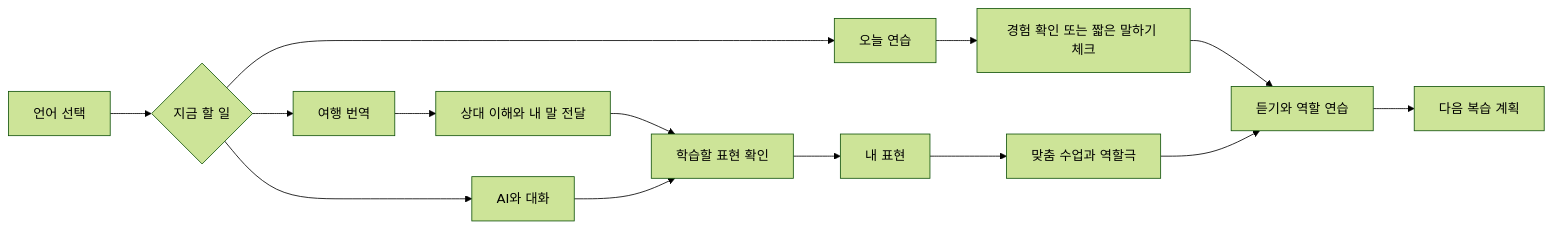
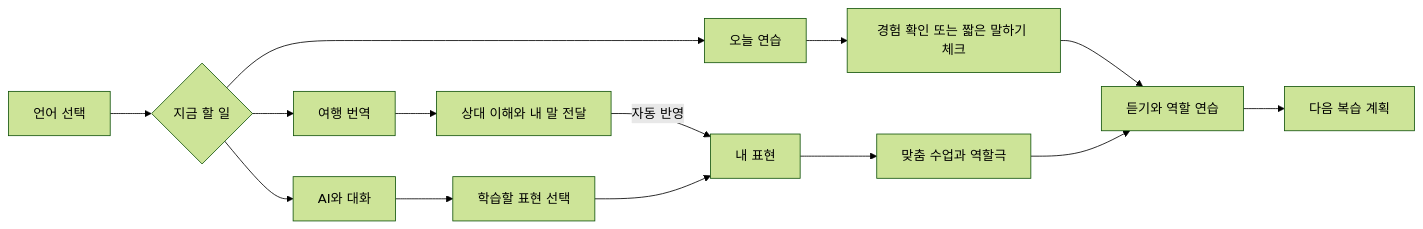
Before and after one commit to hhj4861/commerce-automation-kit: the first of 4 diagrams in docs/HANMADI-CONVERSATION-APP-DESIGN.md, drawn with Mermaid (forest theme). The commit also changed other lines of this file and 7 other files, not shown here.

````diff
--- a/docs/HANMADI-CONVERSATION-APP-DESIGN.md
+++ b/docs/HANMADI-CONVERSATION-APP-DESIGN.md
@@ -85,16 +87,16 @@
 ```mermaid
 flowchart LR
     A[언어 선택] --> B{지금 할 일}
     B --> C[오늘 연습]
     B --> D[여행 번역]
     B --> K[AI와 대화]
     C --> E[경험 확인 또는 짧은 말하기 체크]
     E --> F[듣기와 역할 연습]
     D --> G[상대 이해와 내 말 전달]
-    G --> H[학습할 표현 확인]
-    K --> H
-    H --> I[내 표현]
+    G -->|자동 반영| I[내 표현]
+    K --> H[학습할 표현 선택]
+    H --> I
     I --> L[맞춤 수업과 역할극]
     L --> F
     F --> J[다음 복습 계획]
 ```
````
